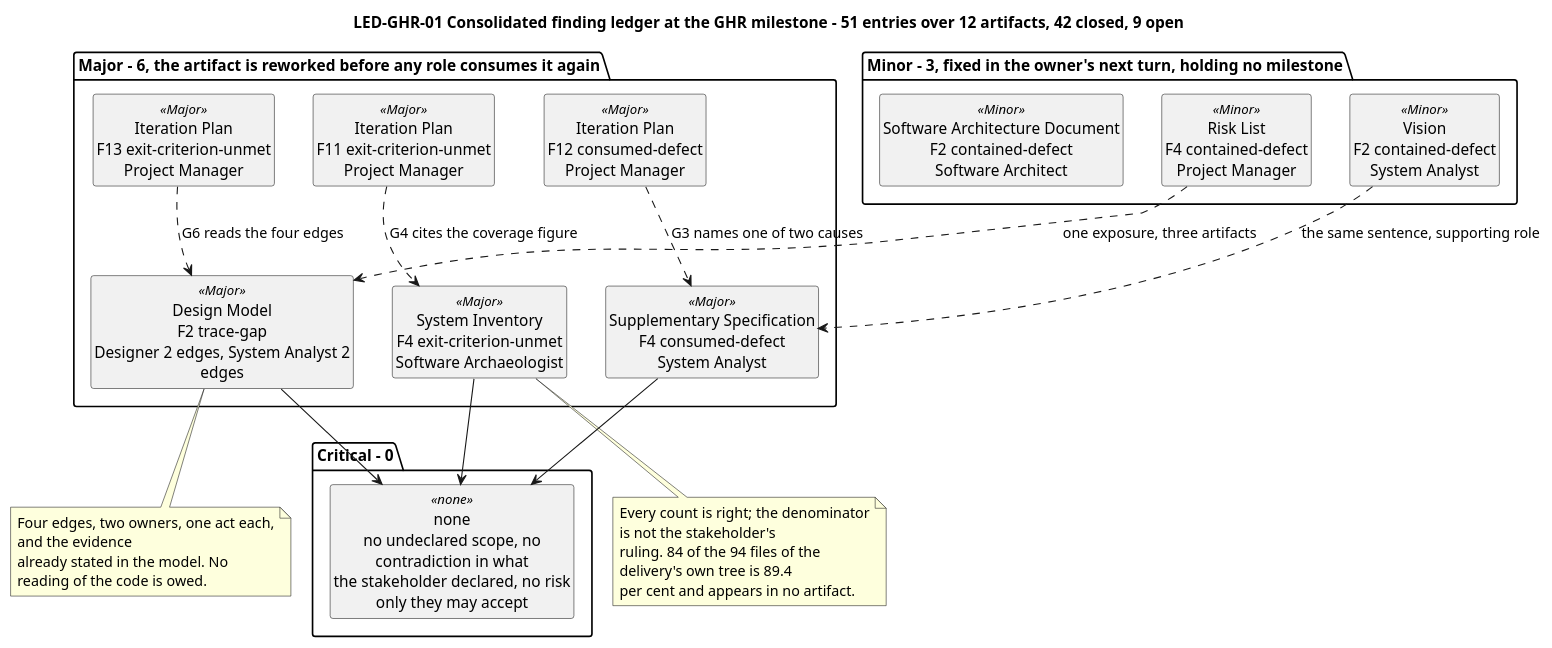
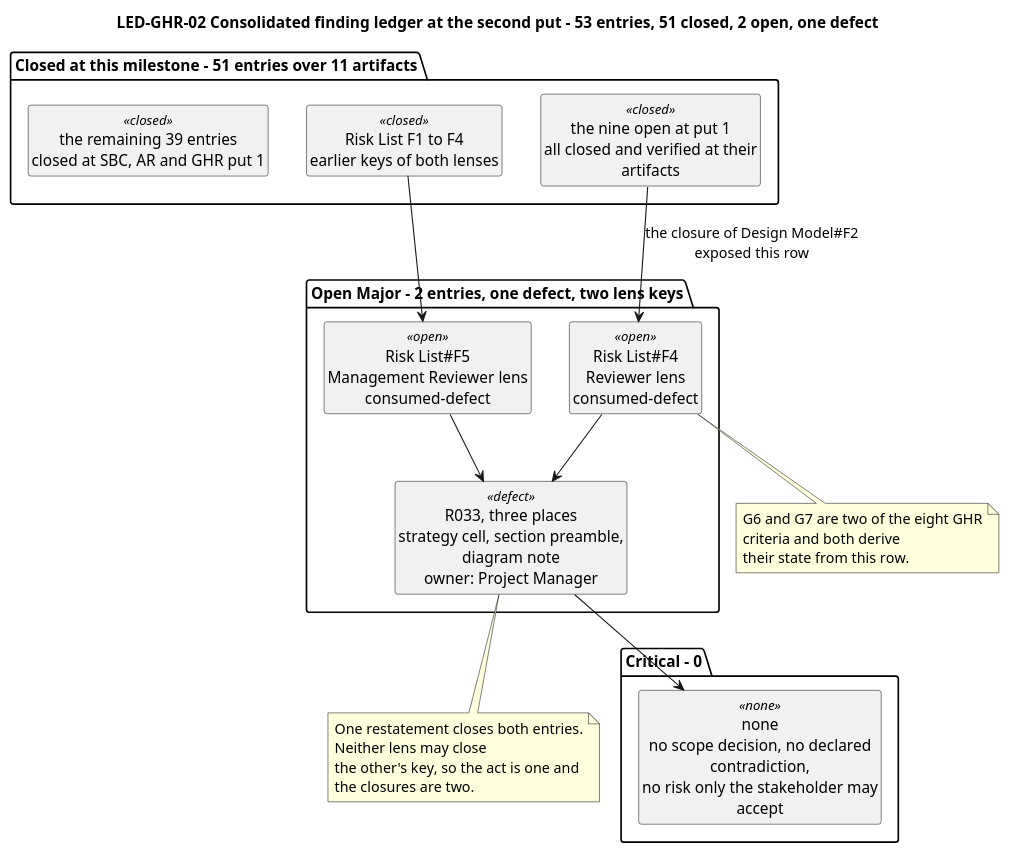
The ninth of 16 diagrams in docs/artifacts/project-management/review-record.md (banense-test/TodoApp), drawn with PlantUML before and after one commit. The commit also changed other lines of this file, not shown here.

````diff
--- a/docs/artifacts/project-management/review-record.md
+++ b/docs/artifacts/project-management/review-record.md
@@ -719,47 +717,40 @@
 ```plantuml
 @startuml
-title LED-GHR-01 Consolidated finding ledger at the GHR milestone - 51 entries over 12 artifacts, 42 closed, 9 open
+title LED-GHR-02 Consolidated finding ledger at the second put - 53 entries, 51 closed, 2 open, one defect
 skinparam shadowing false
-skinparam wrapWidth 235
+skinparam wrapWidth 240
 hide circle
 hide empty members
 
-package "Major - 6, the artifact is reworked before any role consumes it again" {
-  class "Design Model\nF2 trace-gap\nDesigner 2 edges, System Analyst 2 edges" as M1 <<Major>>
-  class "Supplementary Specification\nF4 consumed-defect\nSystem Analyst" as M2 <<Major>>
-  class "System Inventory\nF4 exit-criterion-unmet\nSoftware Archaeologist" as M3 <<Major>>
-  class "Iteration Plan\nF11 exit-criterion-unmet\nProject Manager" as M4 <<Major>>
-  class "Iteration Plan\nF12 consumed-defect\nProject Manager" as M5 <<Major>>
-  class "Iteration Plan\nF13 exit-criterion-unmet\nProject Manager" as M6 <<Major>>
-}
-
-package "Minor - 3, fixed in the owner's next turn, holding no milestone" {
-  class "Risk List\nF4 contained-defect\nProject Manager" as m1 <<Minor>>
-  class "Vision\nF2 contained-defect\nSystem Analyst" as m2 <<Minor>>
-  class "Software Architecture Document\nF2 contained-defect\nSoftware Architect" as m3 <<Minor>>
+package "Open Major - 2 entries, one defect, two lens keys" {
+  class "Risk List#F4\nReviewer lens\nconsumed-defect" as O1 <<open>>
+  class "Risk List#F5\nManagement Reviewer lens\nconsumed-defect" as O2 <<open>>
+  class "R033, three places\nstrategy cell, section preamble,\ndiagram note\nowner: Project Manager" as D <<defect>>
 }
 
 package "Critical - 0" {
-  class "none\nno undeclared scope, no contradiction in what\nthe stakeholder declared, no risk only they may accept" as C <<none>>
+  class "none\nno scope decision, no declared contradiction,\nno risk only the stakeholder may accept" as C <<none>>
 }
 
-M4 ..> M3 : G4 cites the coverage figure
-M5 ..> M2 : G3 names one of two causes
-M6 ..> M1 : G6 reads the four edges
-m1 ..> M1 : one exposure, three artifacts
-m2 ..> M2 : the same sentence, supporting role
-M1 --> C
-M2 --> C
-M3 --> C
+package "Closed at this milestone - 51 entries over 11 artifacts" {
+  class "the nine open at put 1\nall closed and verified at their artifacts" as K1 <<closed>>
+  class "Risk List F1 to F4\nearlier keys of both lenses" as K2 <<closed>>
+  class "the remaining 39 entries\nclosed at SBC, AR and GHR put 1" as K3 <<closed>>
+}
 
-note bottom of M1
-  Four edges, two owners, one act each, and the evidence
-  already stated in the model. No reading of the code is owed.
+O1 --> D
+O2 --> D
+D --> C
+K1 --> O1 : the closure of Design Model#F2\nexposed this row
+K2 --> O2
+
+note bottom of D
+  One restatement closes both entries. Neither lens may close
+  the other's key, so the act is one and the closures are two.
 end note
-note bottom of M3
-  Every count is right; the denominator is not the stakeholder's
-  ruling. 84 of the 94 files of the delivery's own tree is 89.4
-  per cent and appears in no artifact.
+note bottom of O1
+  G6 and G7 are two of the eight GHR criteria and both derive
+  their state from this row.
 end note
 @enduml
 ```
````
